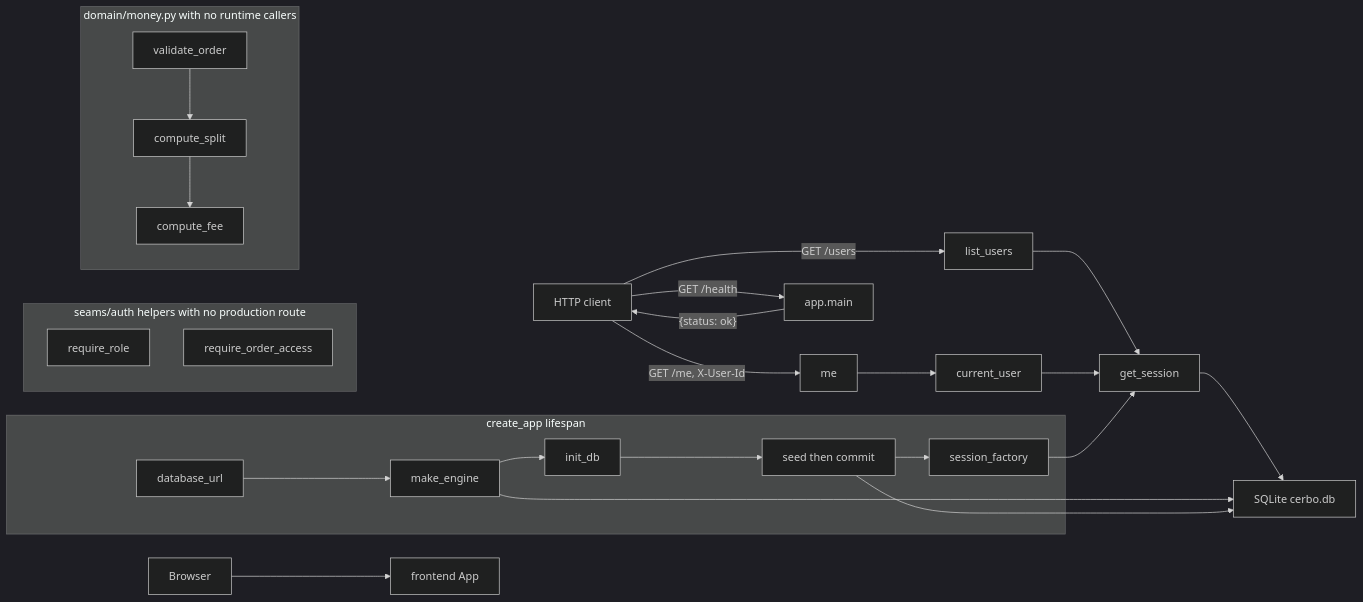
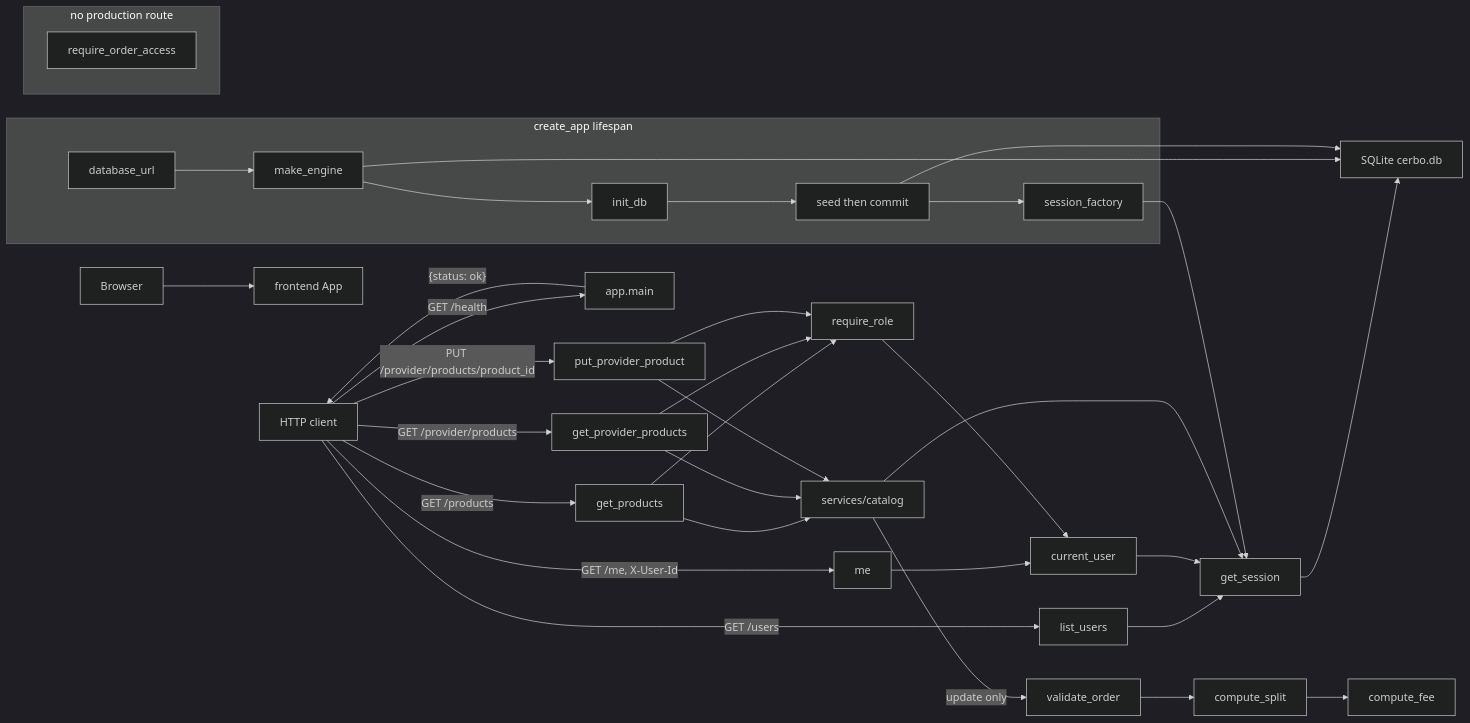
Before and after one commit to drtclem/cerbo_wk1: the diagram in docs/diagrams/overview.md, drawn with Mermaid (dark theme). The commit also changed other lines of this file and 10 other files, not shown here.

Commit message:
T4: catalog and provider product list

````diff
--- a/docs/diagrams/overview.md
+++ b/docs/diagrams/overview.md
@@ -7,35 +7,45 @@
 ```mermaid
 flowchart LR
   browser["Browser"] --> frontendApp["frontend App"]
 
   httpClient["HTTP client"] -->|"GET /health"| fastapiApp["app.main"]
   fastapiApp -->|"{status: ok}"| httpClient
 
   httpClient -->|"GET /users"| listUsers["list_users"]
   httpClient -->|"GET /me, X-User-Id"| meRoute["me"]
   meRoute --> currentUser["current_user"]
   listUsers --> getSession["get_session"]
   currentUser --> getSession
+
+  httpClient -->|"GET /products"| getProducts["get_products"]
+  httpClient -->|"GET /provider/products"| getProviderProducts["get_provider_products"]
+  httpClient -->|"PUT /provider/products/product_id"| putProviderProduct["put_provider_product"]
+  getProducts --> requireRole["require_role"]
+  getProviderProducts --> requireRole
+  putProviderProduct --> requireRole
+  requireRole --> currentUser
+  getProducts --> catalogSvc["services/catalog"]
+  getProviderProducts --> catalogSvc
+  putProviderProduct --> catalogSvc
+  catalogSvc --> getSession
+  catalogSvc -->|"update only"| validateOrder["validate_order"]
   getSession --> sqliteFile["SQLite cerbo.db"]
 
   subgraph startup ["create_app lifespan"]
     configUrl["database_url"] --> makeEngine["make_engine"]
     makeEngine --> initDb["init_db"]
     initDb --> seedCommit["seed then commit"]
     seedCommit --> sessionFactory["session_factory"]
   end
 
   sessionFactory --> getSession
   makeEngine --> sqliteFile
   seedCommit --> sqliteFile
 
-  subgraph authHelpers ["seams/auth helpers with no production route"]
-    requireRole["require_role"]
+  subgraph unusedAuth ["no production route"]
     requireOrder["require_order_access"]
   end
 
-  subgraph moneyMod ["domain/money.py with no runtime callers"]
-    validateOrder["validate_order"] --> computeSplit["compute_split"]
-    computeSplit --> computeFee["compute_fee"]
-  end
+  validateOrder --> computeSplit["compute_split"]
+  computeSplit --> computeFee["compute_fee"]
 ```
````
